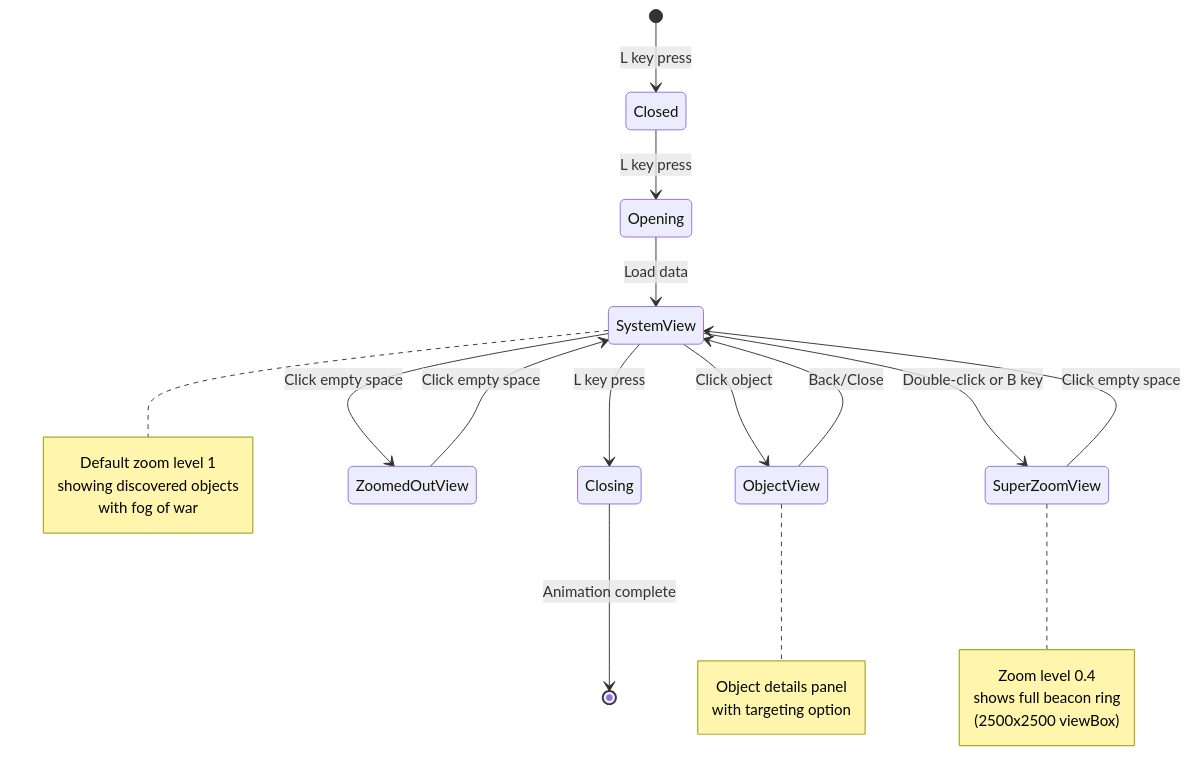
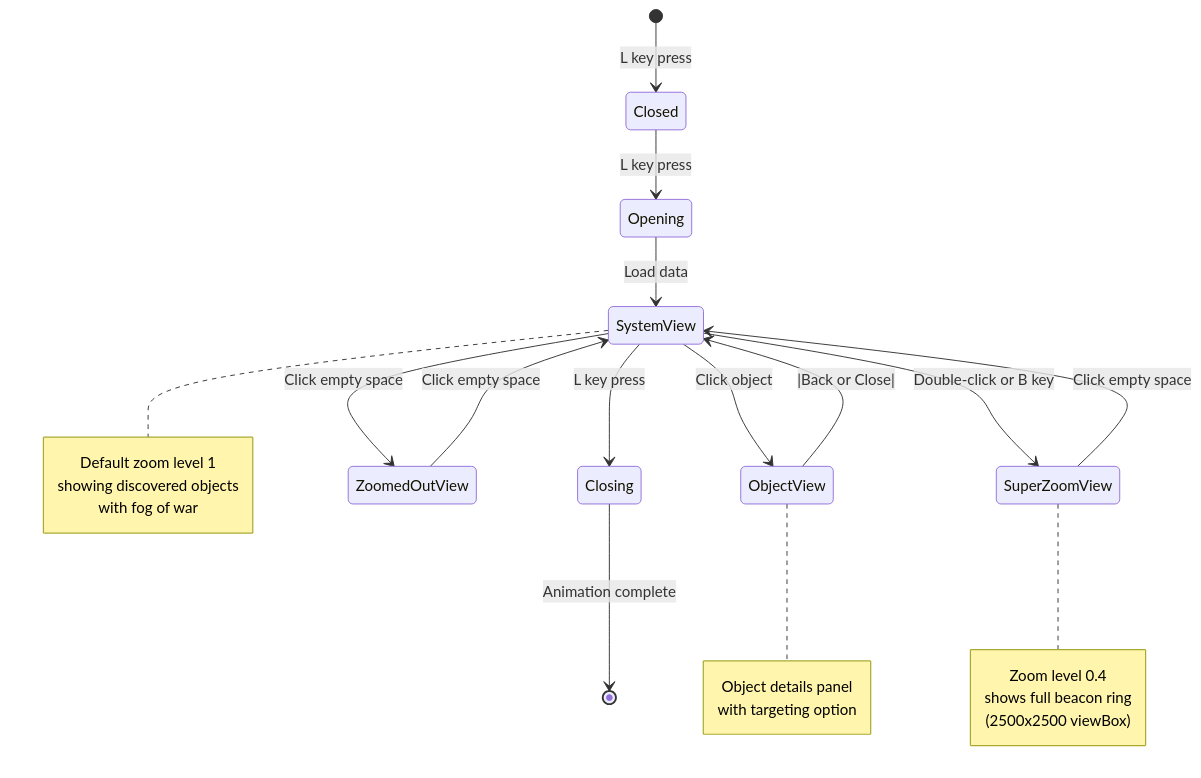
One commit to thoracle/planetz changed the sixth of 7 diagrams in docs/star_charts_system_spec.md. Above: the diagram before and after it, drawn with Mermaid. The commit also changed other lines of this file, not shown here.

Commit message:
Fix additional Mermaid diagram parse errors
✅ Fix Integration Architecture diagram ampersand issue
- SCDB -.-> UG: |Object IDs &amp; Positions| (escaped ampersand)

✅ Fix UI State Diagram forward slash issue
- ObjectView --> SystemView: |Back or Close| (replaced slash with 'or')

✅ Both Mermaid diagrams now render correctly without parse errors
- Integration Architecture: Fixed special character in edge label
- UI State Diagram: Fixed forward slash causing parsing issues

✅ All Mermaid diagrams in Star Charts specification now working
- No more 'got PIPE' or other syntax errors
- Proper HTML entity encoding for special characters
- Consistent edge label formatting

````diff
--- a/docs/star_charts_system_spec.md
+++ b/docs/star_charts_system_spec.md
@@ -529,31 +529,31 @@
 ```mermaid
 stateDiagram-v2
     [*] --> Closed: L key press
     Closed --> Opening: L key press
     Opening --> SystemView: Load data
     SystemView --> ObjectView: Click object
     SystemView --> ZoomedOutView: Click empty space
     SystemView --> SuperZoomView: Double-click or B key
     ZoomedOutView --> SystemView: Click empty space
     SuperZoomView --> SystemView: Click empty space
-    ObjectView --> SystemView: Back/Close
+    ObjectView --> SystemView: |Back or Close|
     SystemView --> Closing: L key press
     Closing --> [*]: Animation complete
 
     note right of SystemView
         Default zoom level 1
         showing discovered objects
         with fog of war
     end note
 
     note right of ObjectView
         Object details panel
         with targeting option
     end note
 
     note right of SuperZoomView
         Zoom level 0.4
         shows full beacon ring
         (2500x2500 viewBox)
     end note
 ```
````
